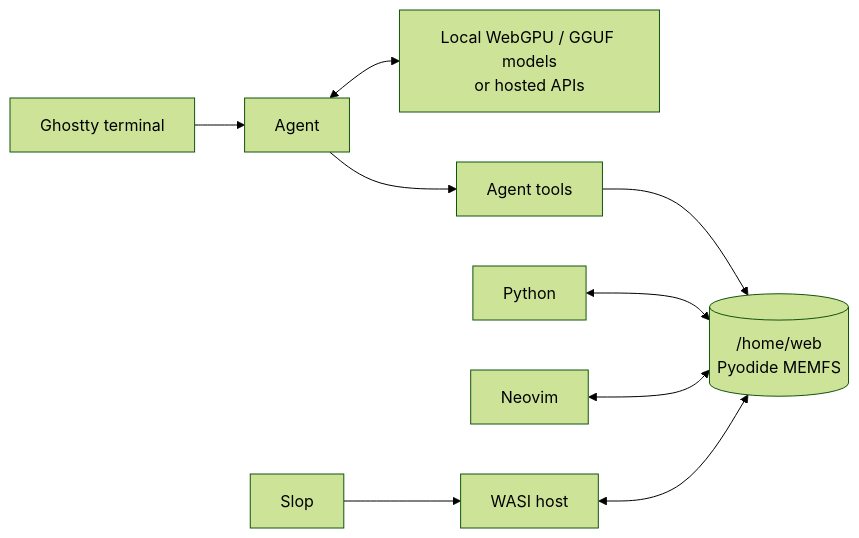
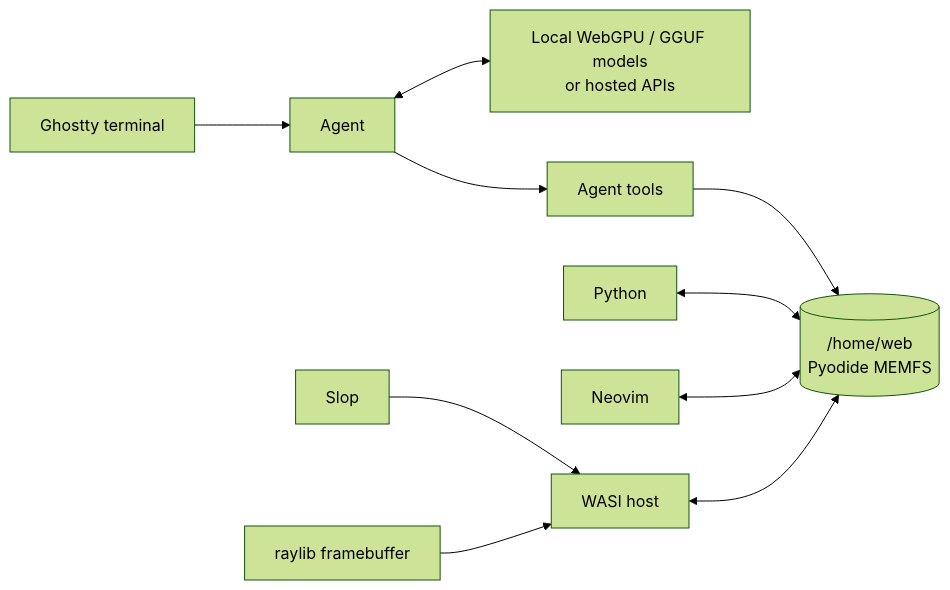
The diagram in README.md (daugasauron/piodide), drawn with Mermaid (forest theme) before and after one commit. The commit also changed other lines of this file and 29 other files, not shown here.

Commit message:
feat: add raylib framebuffer demos

````diff
--- a/README.md
+++ b/README.md
@@ -12,10 +12,11 @@
 ```mermaid
 flowchart LR
   UI["Ghostty terminal"] --> Agent
   Agent <--> Models["Local WebGPU / GGUF models<br/>or hosted APIs"]
   Agent --> Tools["Agent tools"]
   Tools --> FS[("/home/web<br/>Pyodide MEMFS")]
   Python <--> FS
   Neovim <--> FS
   Slop --> WASI["WASI host"] <--> FS
+  Raylib["raylib framebuffer"] --> WASI
 ```
````
